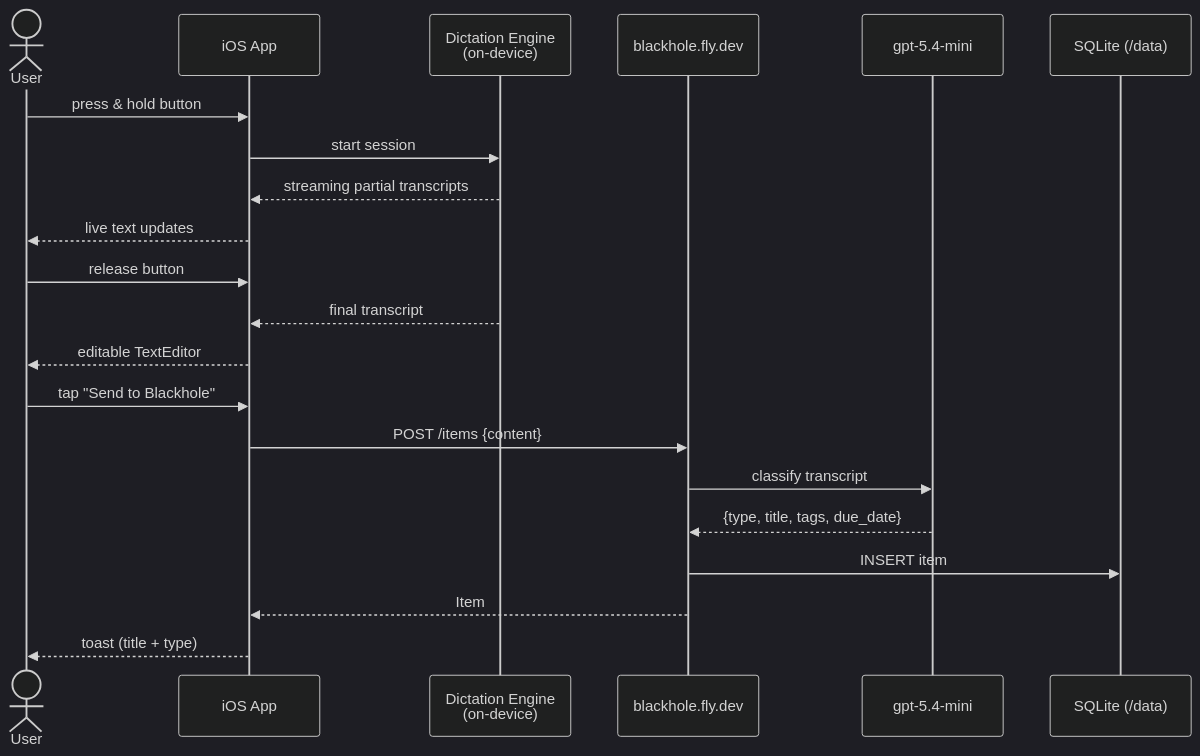
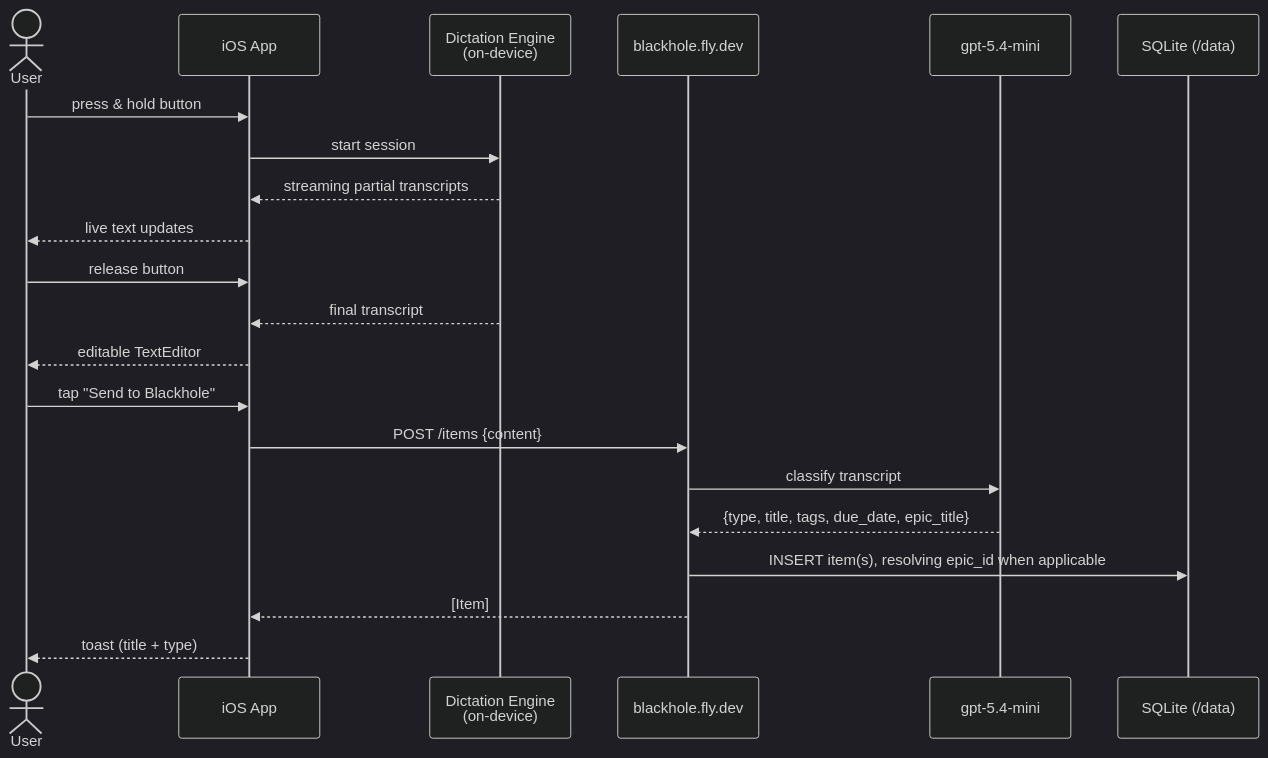
One commit to zamborg/lowercaseLabs changed the first of 4 diagrams in blackhole/ARCHITECTURE.md. Above: the diagram before and after it, drawn with Mermaid (dark theme). The commit also changed other lines of this file and 117 other files, not shown here.

````diff
--- a/blackhole/ARCHITECTURE.md
+++ b/blackhole/ARCHITECTURE.md
@@ -5,26 +5,26 @@
 ```mermaid
 sequenceDiagram
     actor User
     participant iOS as iOS App
     participant Engine as Dictation Engine<br/>(on-device)
     participant API as blackhole.fly.dev
     participant LLM as gpt-5.4-mini
     participant DB as SQLite (/data)
 
     User->>iOS: press & hold button
     iOS->>Engine: start session
     Engine-->>iOS: streaming partial transcripts
     iOS-->>User: live text updates
 
     User->>iOS: release button
     Engine-->>iOS: final transcript
     iOS-->>User: editable TextEditor
 
     User->>iOS: tap "Send to Blackhole"
     iOS->>API: POST /items {content}
     API->>LLM: classify transcript
-    LLM-->>API: {type, title, tags, due_date}
-    API->>DB: INSERT item
-    API-->>iOS: Item
+    LLM-->>API: {type, title, tags, due_date, epic_title}
+    API->>DB: INSERT item(s), resolving epic_id when applicable
+    API-->>iOS: [Item]
     iOS-->>User: toast (title + type)
 ```
````
